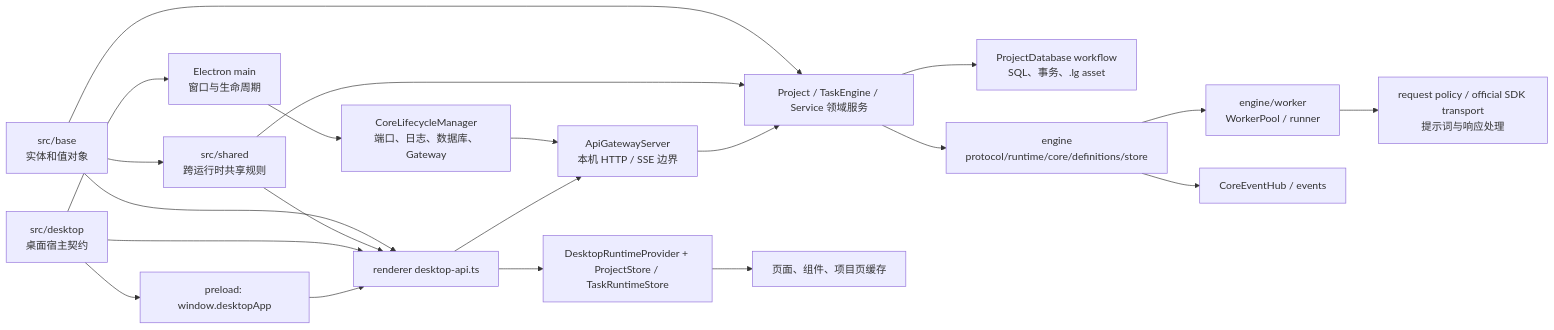
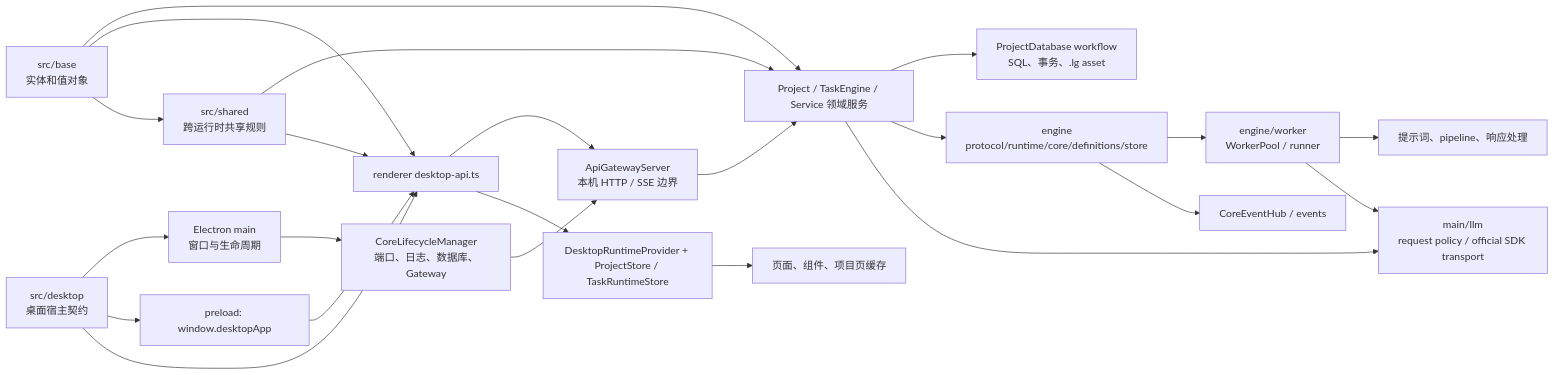
Before and after one commit to neavo/LinguaGacha: the first of 3 diagrams in docs/ARCHITECTURE.md, drawn with Mermaid. The commit also changed other lines of this file and 46 other files, not shown here.

Commit message:
refactor(main): 抽离 LLM 能力层与 API 错误模型

````diff
--- a/docs/ARCHITECTURE.md
+++ b/docs/ARCHITECTURE.md
@@ -19,23 +19,25 @@
 ```mermaid
 flowchart LR
   N["src/base<br/>实体和值对象"] --> D
   N --> J
   N --> S["src/shared<br/>跨运行时共享规则"]
   S --> D
   S --> J
   X["src/desktop<br/>桌面宿主契约"] --> A
   X --> I
   X --> J
   A["Electron main<br/>窗口与生命周期"] --> B["CoreLifecycleManager<br/>端口、日志、数据库、Gateway"]
   B --> C["ApiGatewayServer<br/>本机 HTTP / SSE 边界"]
   C --> D["Project / TaskEngine / Service 领域服务"]
   D --> E["ProjectDatabase workflow<br/>SQL、事务、.lg asset"]
   D --> F["engine<br/>protocol/runtime/core/definitions/store"]
+  D --> Q["main/llm<br/>request policy / official SDK transport"]
   F --> G["engine/worker<br/>WorkerPool / runner"]
-  G --> H["request policy / official SDK transport<br/>提示词与响应处理"]
+  G --> H["提示词、pipeline、响应处理"]
+  G --> Q
   F --> M["CoreEventHub / events"]
   I["preload: window.desktopApp"] --> J["renderer desktop-api.ts"]
   J --> C
   J --> K["DesktopRuntimeProvider + ProjectStore / TaskRuntimeStore"]
   K --> L["页面、组件、项目页缓存"]
 ```
````
